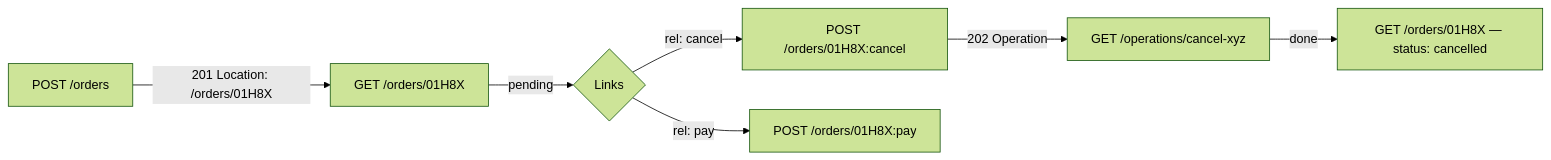
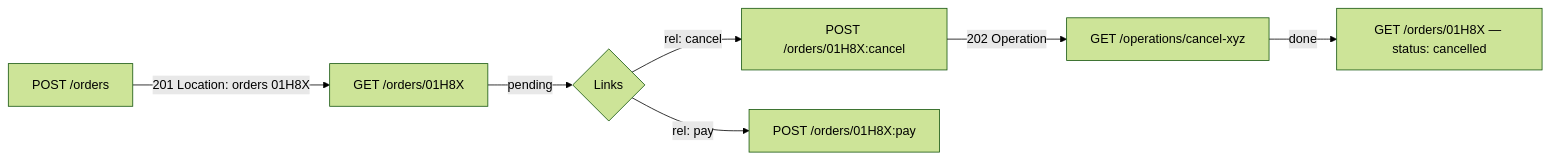
Before and after one commit to bumbsclaw/textbooks: the third of 7 diagrams in vol-08-apis/ch02-rest.md, drawn with Mermaid (forest theme). The commit also changed 173 other files, not shown here.

First line of the commit message:
fix(mermaid): close note brackets, semicolons in Notes, stateDiagram br -> dash, edge parens

````diff
--- a/vol-08-apis/ch02-rest.md
+++ b/vol-08-apis/ch02-rest.md
@@ -401,9 +401,9 @@
 ```mermaid
 flowchart LR
-    A[POST /orders] -->|201 Location: /orders/01H8X| B[GET /orders/01H8X]
+    A[POST /orders] -->|201 Location: orders 01H8X| B[GET /orders/01H8X]
     B -->|pending| C{Links}
     C -->|rel: cancel| D[POST /orders/01H8X:cancel]
     C -->|rel: pay| E[POST /orders/01H8X:pay]
     D -->|202 Operation| F[GET /operations/cancel-xyz]
     F -->|done| G[GET /orders/01H8X — status: cancelled]
 ```
````
